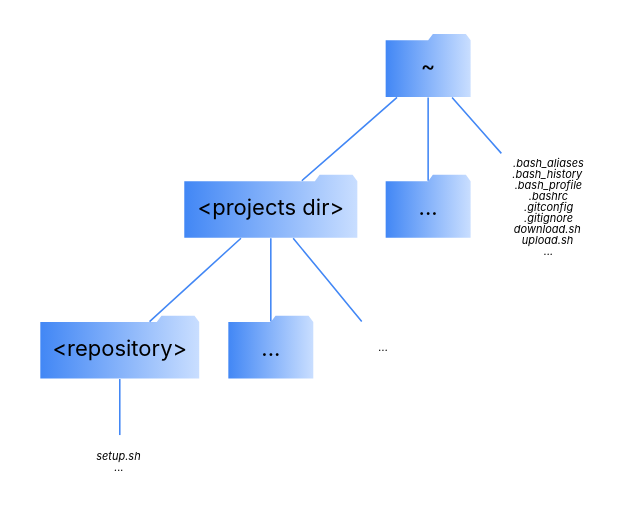
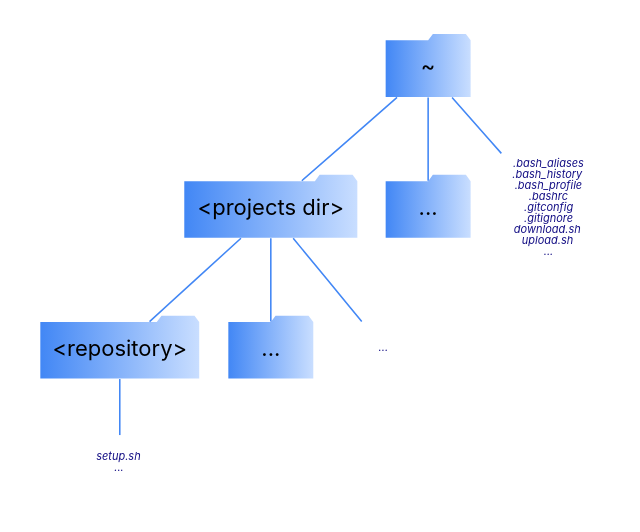
One commit to GiovaniPM/Graphs changed the diagram in Exemplos/Folder.gv. Above: the diagram before and after it, drawn with Graphviz.

Commit message:
Giovani_Mesquita(RBST10164) 200206112653

```diff
--- a/Exemplos/Folder.gv
+++ b/Exemplos/Folder.gv
@@ -1,35 +1,35 @@
 digraph a {
   pad=0.25;
 
   node [fontname = "Handlee"
         shape="folder"
         style="filled,bold"
         color="black"
         fillcolor="lightgray"
         fontname="Inter"];
 
   edge [dir="none"];
 
   a [color=none fillcolor="#4287f5:#c9deff" label="~"              ];
   b [color=none fillcolor="#4287f5:#c9deff" label="<projects dir>" ];
   c [color=none fillcolor="#4287f5:#c9deff" label="..."            ];
   d [color=none fillcolor="#4287f5:#c9deff" label="<repository>"   ];
   e [color=none fillcolor="#4287f5:#c9deff" label="..."            ];
-  f [label=<<font color='black' point-size='7'><i>.bash_aliases<br/>.bash_history<br/>.bash_profile<br/>.bashrc<br/>.gitconfig<br/>.gitignore<br/>download.sh<br/>upload.sh<br/>...</i></font>>
+  f [label=<<font color='#140f85' point-size='7'><i>.bash_aliases<br/>.bash_history<br/>.bash_profile<br/>.bashrc<br/>.gitconfig<br/>.gitignore<br/>download.sh<br/>upload.sh<br/>...</i></font>>
      shape="plaintext"
      style=""]
-  g [label=<<font color='black' point-size='7'><i>...</i></font>>
+  g [label=<<font color='#140f85' point-size='7'><i>...</i></font>>
      shape="plaintext"
      style=""]
-  h [label=<<font color='black' point-size='7'><i>setup.sh<br/>...</i></font>>
+  h [label=<<font color='#140f85' point-size='7'><i>setup.sh<br/>...</i></font>>
      shape="plaintext"
      style=""]
 
   a -> b [color="#4287f5"];
   a -> c [color="#4287f5"];
   a -> f [color="#4287f5"];
   b -> d [color="#4287f5"];
   b -> e [color="#4287f5"];
   b -> g [color="#4287f5"];
   d -> h [color="#4287f5"];
 }
```
